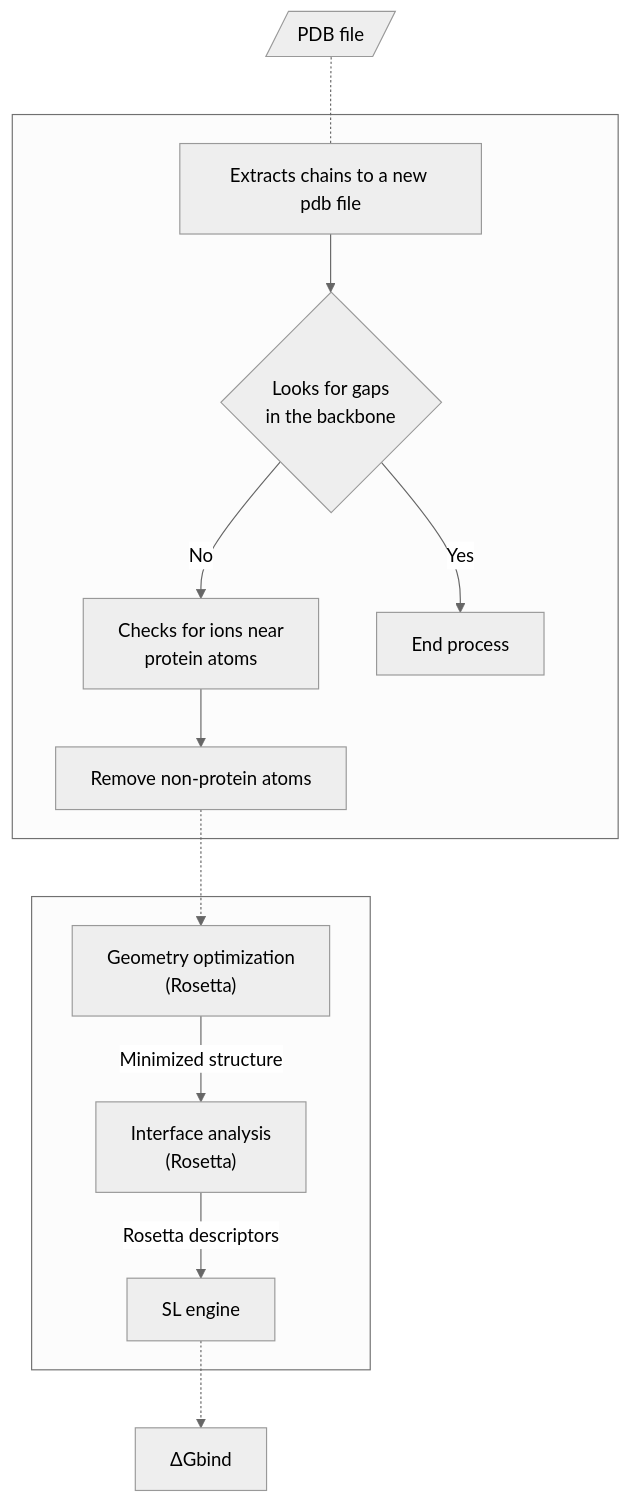
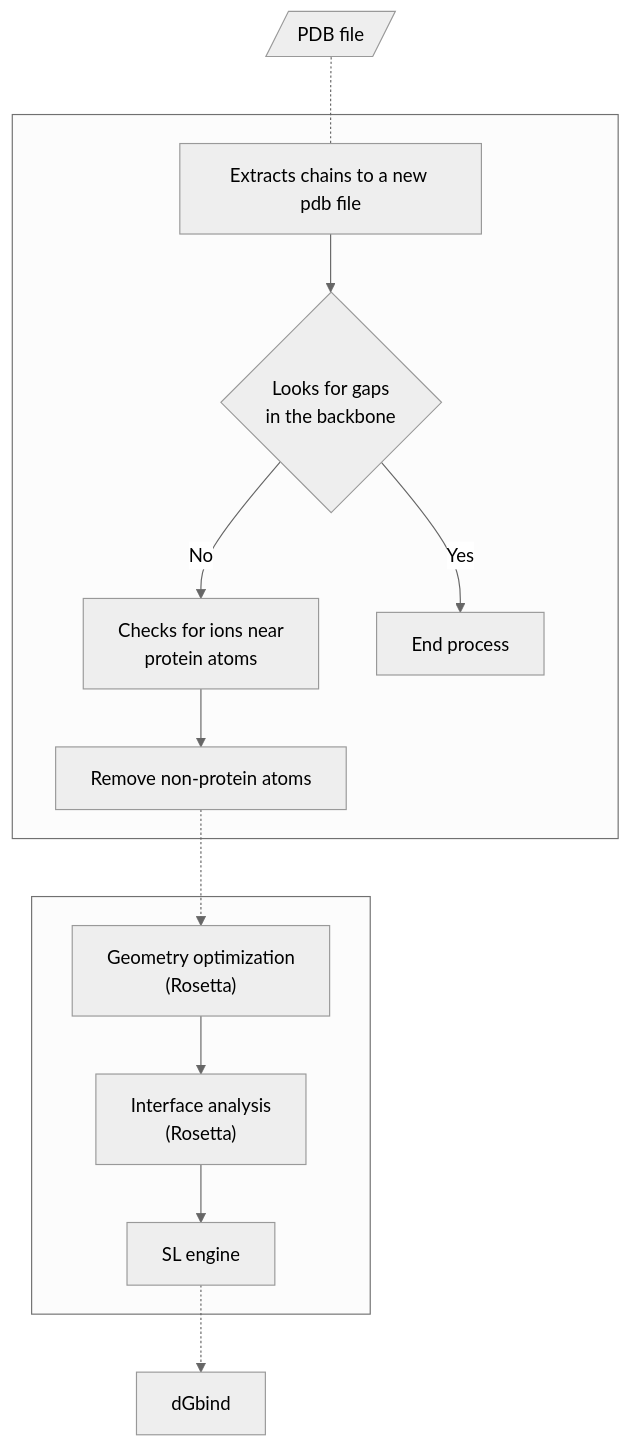
Before and after one commit to eltonjfc/pbee: the diagram in README.md, drawn with Mermaid (neutral theme). The commit also changed other lines of this file, not shown here.

````diff
--- a/README.md
+++ b/README.md
@@ -6,28 +7,28 @@
 ```mermaid
 flowchart TB
 	pdb[/PDB file/] 
 	step1[Extracts chains to a new pdb file] 
 	step2{Looks for gaps \n in the backbone}
 	step3[Checks for ions near \n protein atoms] 
 	step4[Remove non-protein atoms] 
 	step5["Geometry optimization \n (Rosetta)"] 
 	step6["Interface analysis \n (Rosetta)"] 
 	step7[SL engine]
-	result[ΔGbind]
+	result[dGbind]
 	ends[End process]
 	
 	subgraph B[ ]
-	step5 --> |Minimized structure| step6 --> |Rosetta descriptors| step7
+	step5 --> step6 --> step7
 	end 
 	
 	subgraph A[ ]
 	step1 --> step2
 	step2 --> |Yes| ends
 	step2 --> |No| step3
 	step3 --> step4
 	end 
 	
 	pdb -.- step1
 	step4 -.-> step5
 	step7 -.-> result
 ``` 
````
